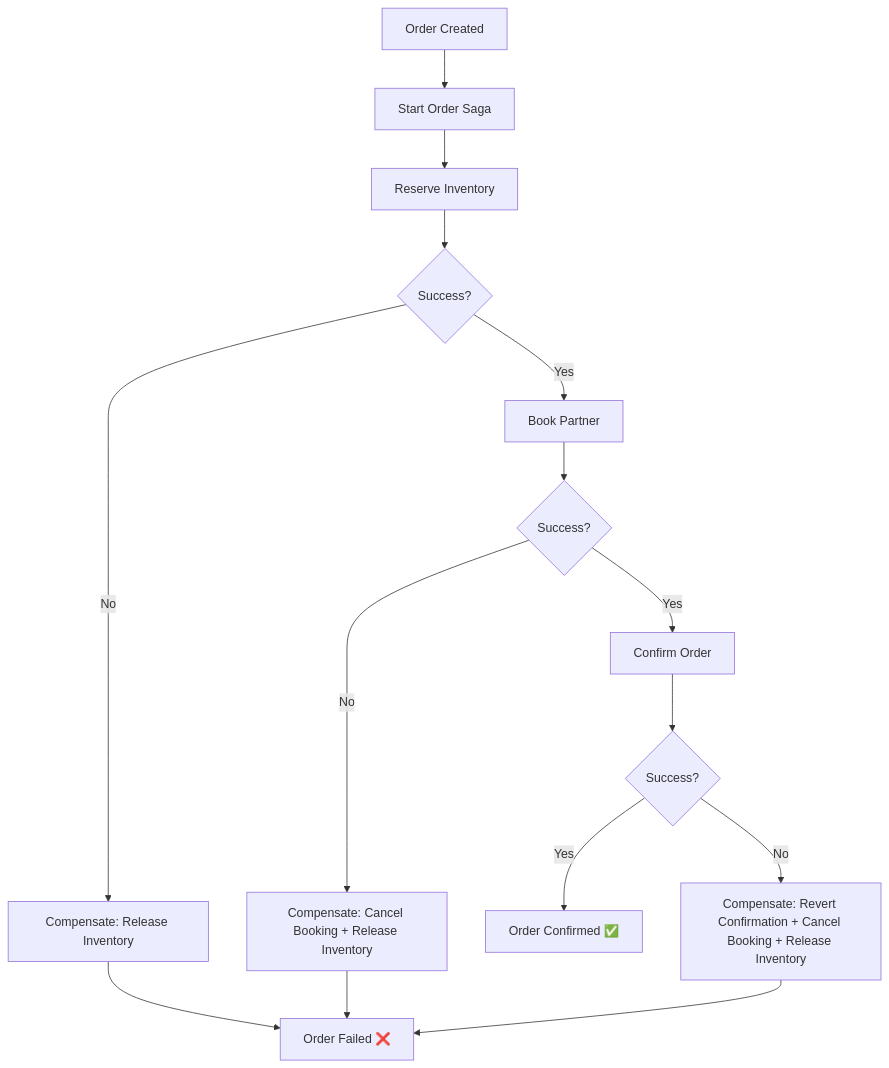
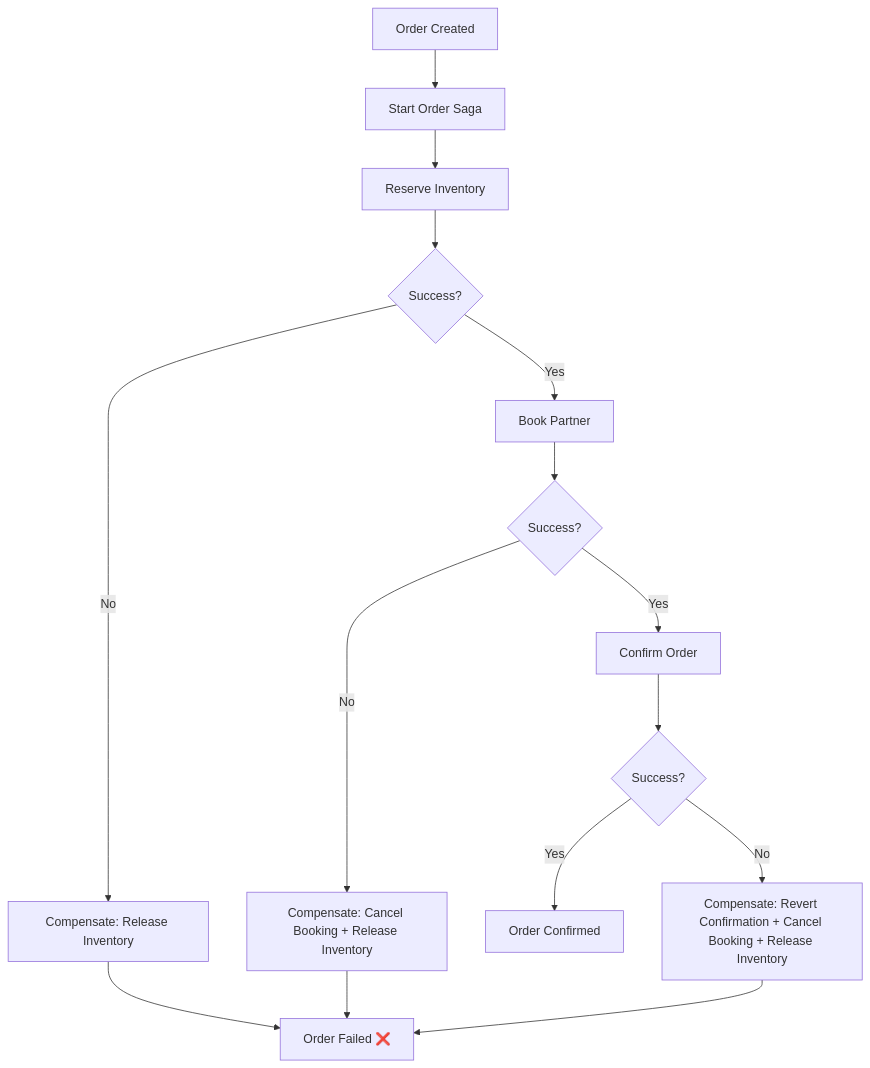
Before and after one commit to omarAboElWafa/UOOM: the first of 2 diagrams in README-SAGA-IMPLEMENTATION.md, drawn with Mermaid. The commit also changed other lines of this file and 5 other files, not shown here.

````diff
--- a/README-SAGA-IMPLEMENTATION.md
+++ b/README-SAGA-IMPLEMENTATION.md
@@ -21,17 +21,17 @@
 ```mermaid
 graph TD
     A[Order Created] --> B[Start Order Saga]
     B --> C[Reserve Inventory]
     C --> D{Success?}
     D -->|Yes| E[Book Partner]
     D -->|No| F[Compensate: Release Inventory]
     E --> G{Success?}
     G -->|Yes| H[Confirm Order]
     G -->|No| I[Compensate: Cancel Booking + Release Inventory]
     H --> J{Success?}
-    J -->|Yes| K[Order Confirmed ✅]
+    J -->|Yes| K[Order Confirmed]
     J -->|No| L[Compensate: Revert Confirmation + Cancel Booking + Release Inventory]
     F --> M[Order Failed ❌]
     I --> M
     L --> M
 ```
````
